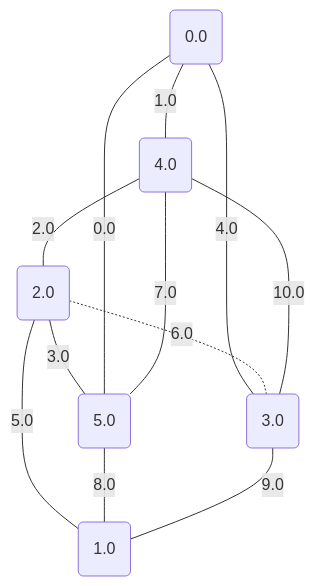
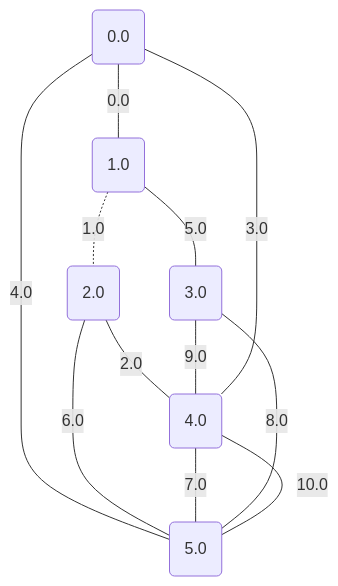
Before and after one commit to metury/graphs: the tenth of 17 diagrams in project/src/testing/minCutPetersen.md, drawn with Mermaid. The commit also changed other lines of this file and 27 other files, not shown here.

````diff
--- a/project/src/testing/minCutPetersen.md
+++ b/project/src/testing/minCutPetersen.md
@@ -268,20 +268,20 @@
 ```mermaid
 graph TD;
 0("0.0");
 1("1.0");
 2("2.0");
 3("3.0");
 4("4.0");
 5("5.0");
-	5 -- "0.0" --- 0;
-	0 -- "1.0" --- 4;
-	4 -- "2.0" --- 2;
-	2 -- "3.0" --- 5;
-	0 -- "4.0" --- 3;
-	2 -- "5.0" --- 1;
-	2 -. "6.0" -.- 3;
-	5 -- "7.0" --- 4;
-	5 -- "8.0" --- 1;
-	3 -- "9.0" --- 1;
-	4 -- "10.0" --- 3;
+	0 -- "0.0" --- 1;
+	1 -. "1.0" -.- 2;
+	2 -- "2.0" --- 4;
+	4 -- "3.0" --- 0;
+	0 -- "4.0" --- 5;
+	1 -- "5.0" --- 3;
+	2 -- "6.0" --- 5;
+	4 -- "7.0" --- 5;
+	3 -- "8.0" --- 5;
+	3 -- "9.0" --- 4;
+	5 -- "10.0" --- 4;
 ```
````
